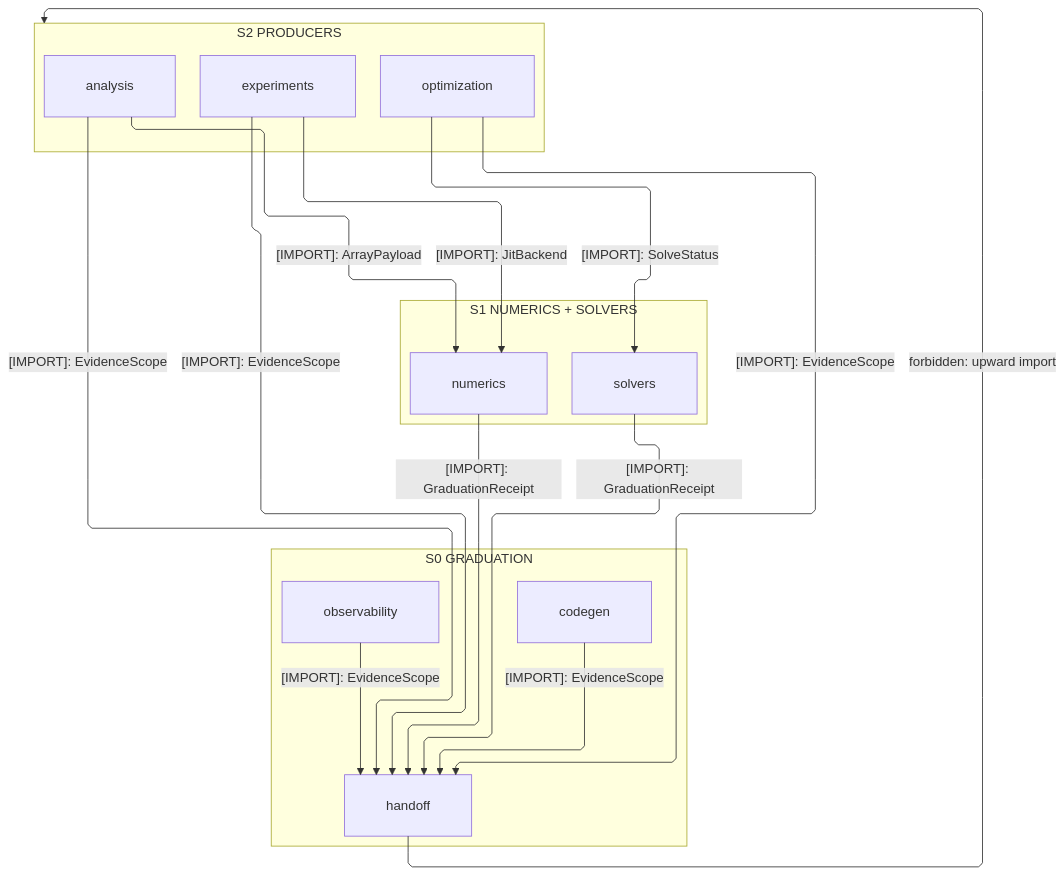
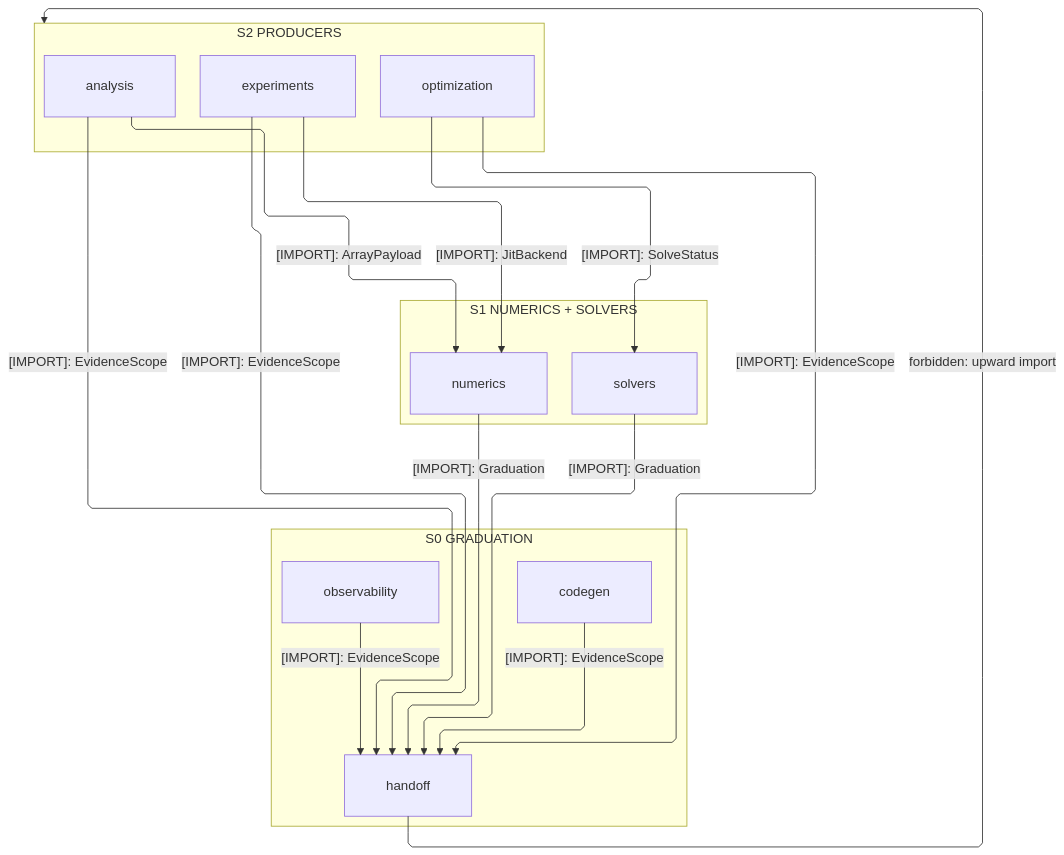
Before and after one commit to bsamiee/Rasm: the first of 3 diagrams in libs/python/compute/ARCHITECTURE.md, drawn with Mermaid. The commit also changed other lines of this file and 1417 other files, not shown here.

````diff
--- a/libs/python/compute/ARCHITECTURE.md
+++ b/libs/python/compute/ARCHITECTURE.md
@@ -48,37 +48,37 @@
 ```mermaid
 ---
 config:
   layout: elk
   flowchart:
     curve: linear
     padding: 25
 ---
 flowchart TB
     accTitle: Compute interior import strata
     accDescr: Import strata from the producers down to the graduation foundation, each labeled edge naming one sourced type.
     subgraph S2["S2 PRODUCERS"]
         Analysis[analysis]
         Experiments[experiments]
         Optimization[optimization]
     end
     subgraph S1["S1 NUMERICS + SOLVERS"]
         Numerics[numerics]
         Solvers[solvers]
     end
     subgraph S0["S0 GRADUATION"]
         Codegen[codegen]
         Handoff[handoff]
         Observability[observability]
     end
     Analysis e1@-->|"[IMPORT]: ArrayPayload"| Numerics
     Analysis e2@-->|"[IMPORT]: EvidenceScope"| Handoff
     Experiments e3@-->|"[IMPORT]: JitBackend"| Numerics
     Experiments e4@-->|"[IMPORT]: EvidenceScope"| Handoff
     Optimization e5@-->|"[IMPORT]: SolveStatus"| Solvers
     Optimization e6@-->|"[IMPORT]: EvidenceScope"| Handoff
-    Numerics e7@-->|"[IMPORT]: GraduationReceipt"| Handoff
-    Solvers e8@-->|"[IMPORT]: GraduationReceipt"| Handoff
+    Numerics e7@-->|"[IMPORT]: Graduation"| Handoff
+    Solvers e8@-->|"[IMPORT]: Graduation"| Handoff
     Codegen e9@-->|"[IMPORT]: EvidenceScope"| Handoff
     Observability e10@-->|"[IMPORT]: EvidenceScope"| Handoff
     Handoff f1@-->|"forbidden: upward import"| S2
 ```
````
